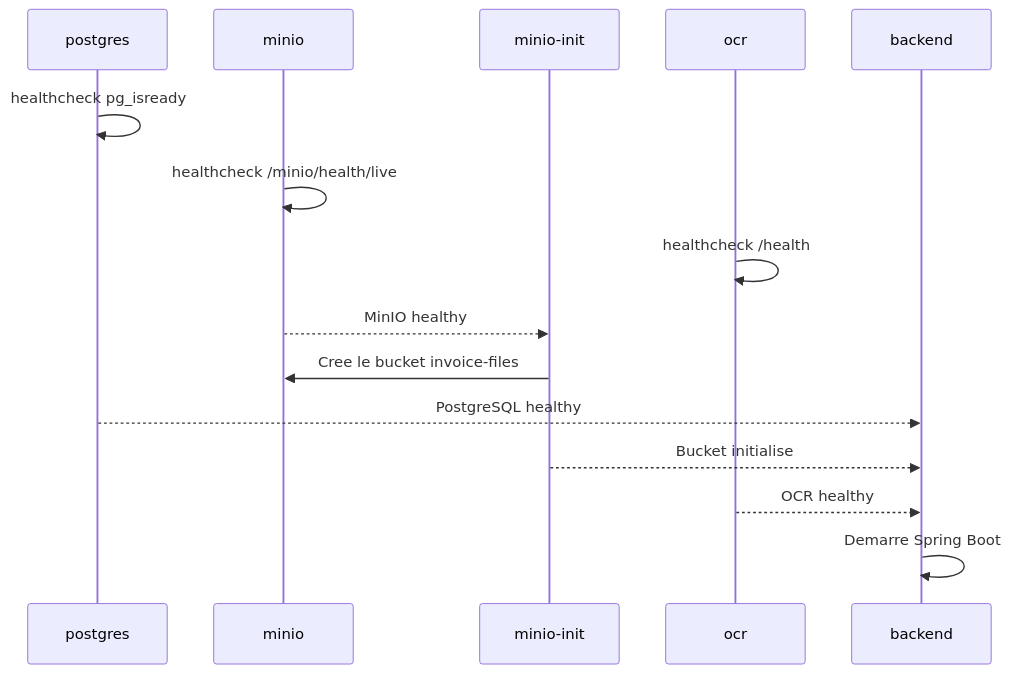
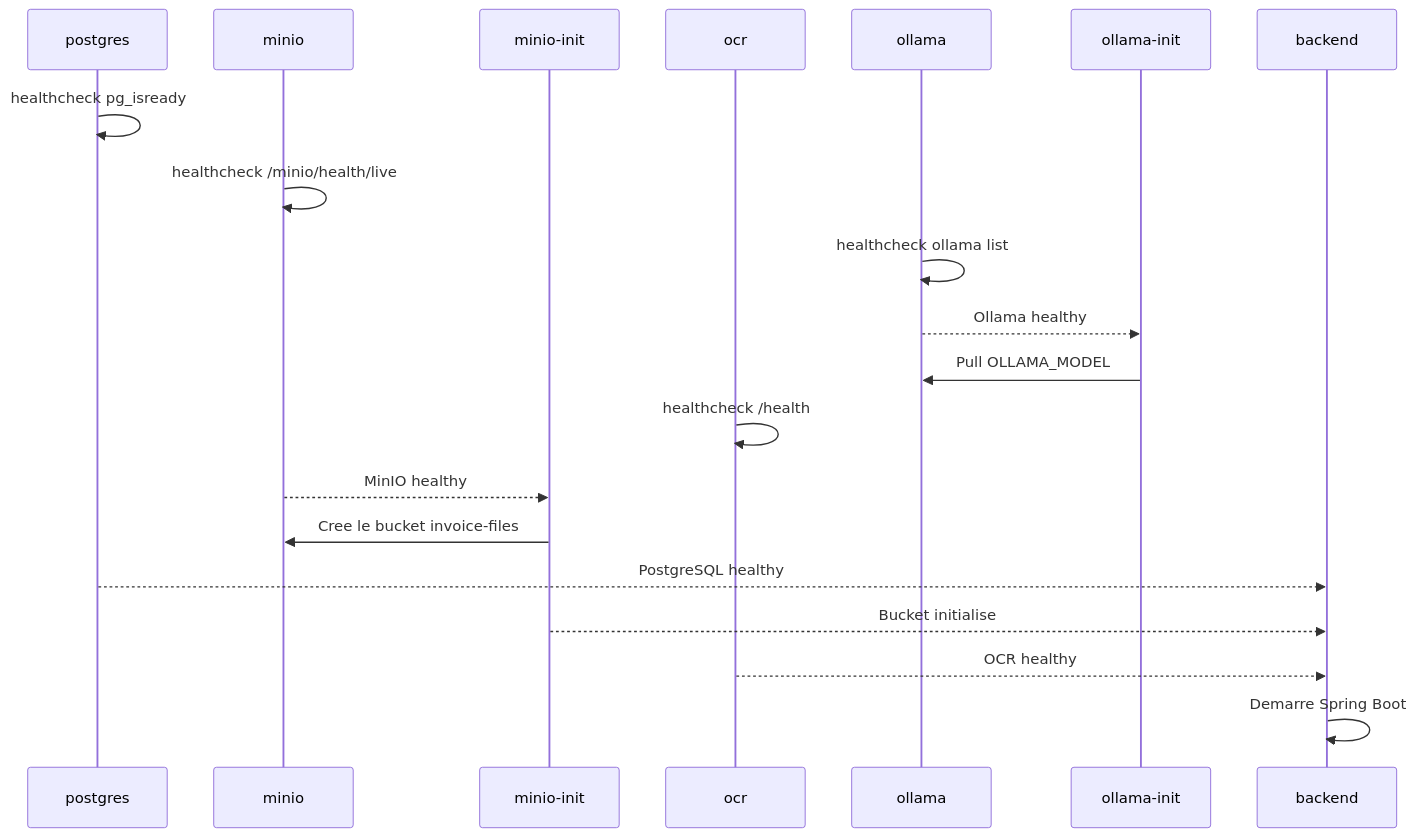
One commit to fil-rouge-docomptia/docomptia changed the fourth of 4 diagrams in docs/architecture.md. Above: the diagram before and after it, drawn with Mermaid. The commit also changed other lines of this file and 16 other files, not shown here.

````diff
--- a/docs/architecture.md
+++ b/docs/architecture.md
@@ -113,18 +123,23 @@
 ```mermaid
 sequenceDiagram
     participant P as postgres
     participant M as minio
     participant MI as minio-init
     participant O as ocr
+    participant L as ollama
+    participant LI as ollama-init
     participant B as backend
 
     P->>P: healthcheck pg_isready
     M->>M: healthcheck /minio/health/live
+    L->>L: healthcheck ollama list
+    L-->>LI: Ollama healthy
+    LI->>L: Pull OLLAMA_MODEL
     O->>O: healthcheck /health
     M-->>MI: MinIO healthy
     MI->>M: Cree le bucket invoice-files
     P-->>B: PostgreSQL healthy
     MI-->>B: Bucket initialise
     O-->>B: OCR healthy
     B->>B: Demarre Spring Boot
 ```
````
